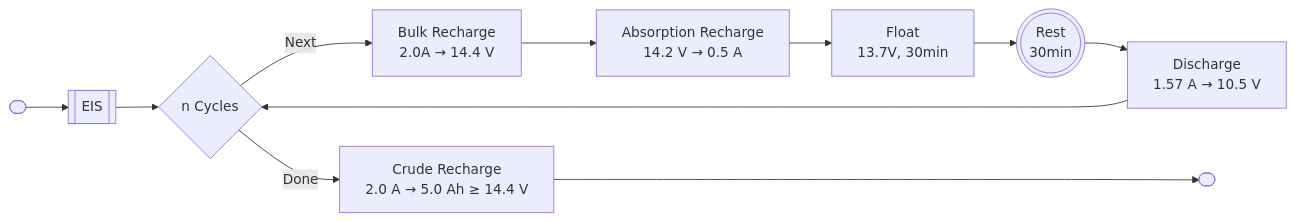
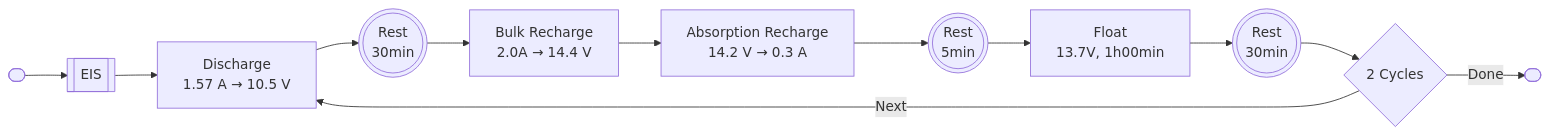
Before and after one commit to UCT-MARiS/SISPS-EXP-SOH: the second of 3 diagrams in Docs/UCT003 SoH Methodology.md, drawn with Mermaid. The commit also changed other lines of this file and 2 other files, not shown here.

````diff
--- a/Docs/UCT003 SoH Methodology.md
+++ b/Docs/UCT003 SoH Methodology.md
@@ -78,26 +81,29 @@
 ```mermaid
 flowchart LR
 
 start([ ])
 eis[[EIS]]
-cycle{n Cycles}
+cycle{2 Cycles}
 discharge[Discharge<br>1.57 A &rarr; 10.5 V]
-wait(((Rest<br>30min)))
+wait30_1(((Rest<br>30min)))
+wait30_2(((Rest<br>30min)))
+wait5(((Rest<br>5min)))
 bulk[Bulk Recharge<br>2.0A &rarr; 14.4 V]
-absorb[Absorption Recharge<br>14.2 V #rarr; 0.5 A]
-float[Float<br>13.7V, 30min]
-recharge[Crude Recharge<br>2.0 A #rarr; 5.0 Ah &geq; 14.4 V]
+absorb[Absorption Recharge<br>14.2 V #rarr; 0.3 A]
+float[Float<br>13.7V, 1h00min]
+%% recharge[Crude Recharge<br>2.0 A #rarr; 5.0 Ah &geq; 14.4 V]
 done([ ])
 
 start --> eis
-eis --> cycle 
-cycle -->|Next| bulk
+eis --> discharge 
+discharge --> wait30_1
+wait30_1 --> bulk
 bulk --> absorb
-absorb --> float
-float --> wait
-wait --> discharge
-discharge --> cycle
+absorb --> wait5
+wait5 --> float
+float --> wait30_2
+wait30_2 --> cycle
+cycle -->|Next| discharge
 
-cycle -->|Done| recharge
-recharge -----> done
+cycle -->|Done| done
 ```
````
